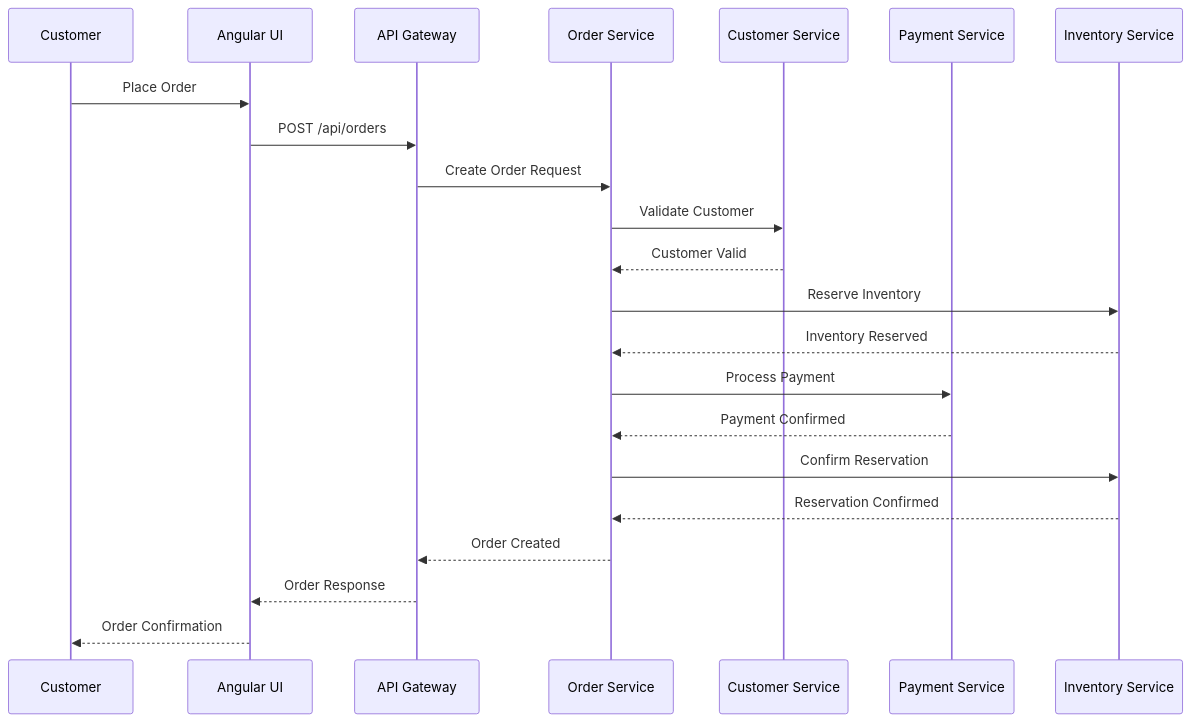
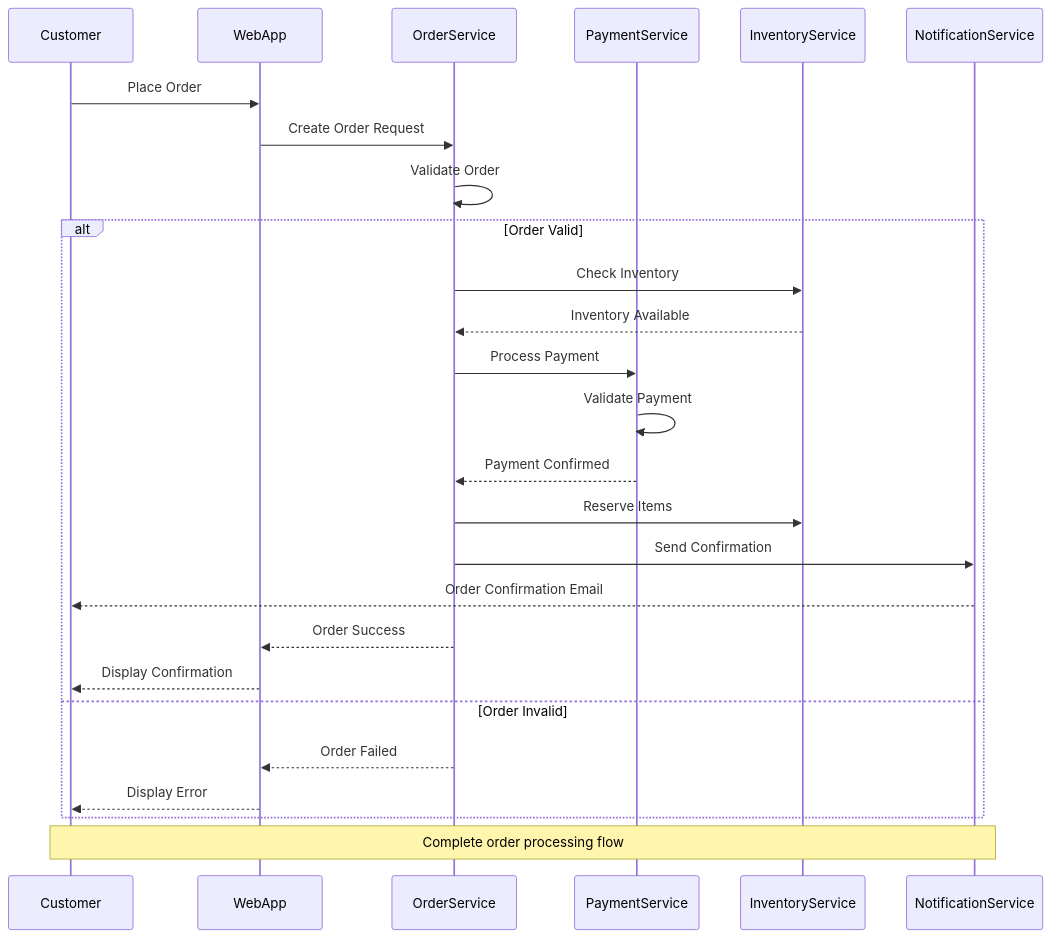
The second of 4 diagrams in .claude/agents/diagram-architect.md (jpount/doc-diagram-gen), drawn with Mermaid before and after one commit. The commit also changed other lines of this file and 110 other files, not shown here.

````diff
--- a/.claude/agents/diagram-architect.md
+++ b/.claude/agents/diagram-architect.md
@@ -131,30 +163,36 @@
 ```mermaid
+%% Order Processing Sequence
+%% Complete flow from order to fulfillment
 sequenceDiagram
-    participant C as Customer
-    participant UI as Angular UI
-    participant GW as API Gateway
-    participant OS as Order Service
-    participant CS as Customer Service
-    participant PS as Payment Service
-    participant IS as Inventory Service
+    participant Customer
+    participant WebApp
+    participant OrderService
+    participant PaymentService
+    participant InventoryService
+    participant NotificationService
     
-    C->>UI: Place Order
-    UI->>GW: POST /api/orders
-    GW->>OS: Create Order Request
+    Customer->>WebApp: Place Order
+    WebApp->>OrderService: Create Order Request
+    OrderService->>OrderService: Validate Order
     
-    OS->>CS: Validate Customer
-    CS-->>OS: Customer Valid
+    alt Order Valid
+        OrderService->>InventoryService: Check Inventory
+        InventoryService-->>OrderService: Inventory Available
+        
+        OrderService->>PaymentService: Process Payment
+        PaymentService->>PaymentService: Validate Payment
+        PaymentService-->>OrderService: Payment Confirmed
+        
+        OrderService->>InventoryService: Reserve Items
+        OrderService->>NotificationService: Send Confirmation
+        NotificationService-->>Customer: Order Confirmation Email
+        
+        OrderService-->>WebApp: Order Success
+        WebApp-->>Customer: Display Confirmation
+    else Order Invalid
+        OrderService-->>WebApp: Order Failed
+        WebApp-->>Customer: Display Error
+    end
     
-    OS->>IS: Reserve Inventory
-    IS-->>OS: Inventory Reserved
-    
-    OS->>PS: Process Payment
-    PS-->>OS: Payment Confirmed
-    
-    OS->>IS: Confirm Reservation
-    IS-->>OS: Reservation Confirmed
-    
-    OS-->>GW: Order Created
-    GW-->>UI: Order Response
-    UI-->>C: Order Confirmation
+    Note over Customer, NotificationService: Complete order processing flow
 ```
````
